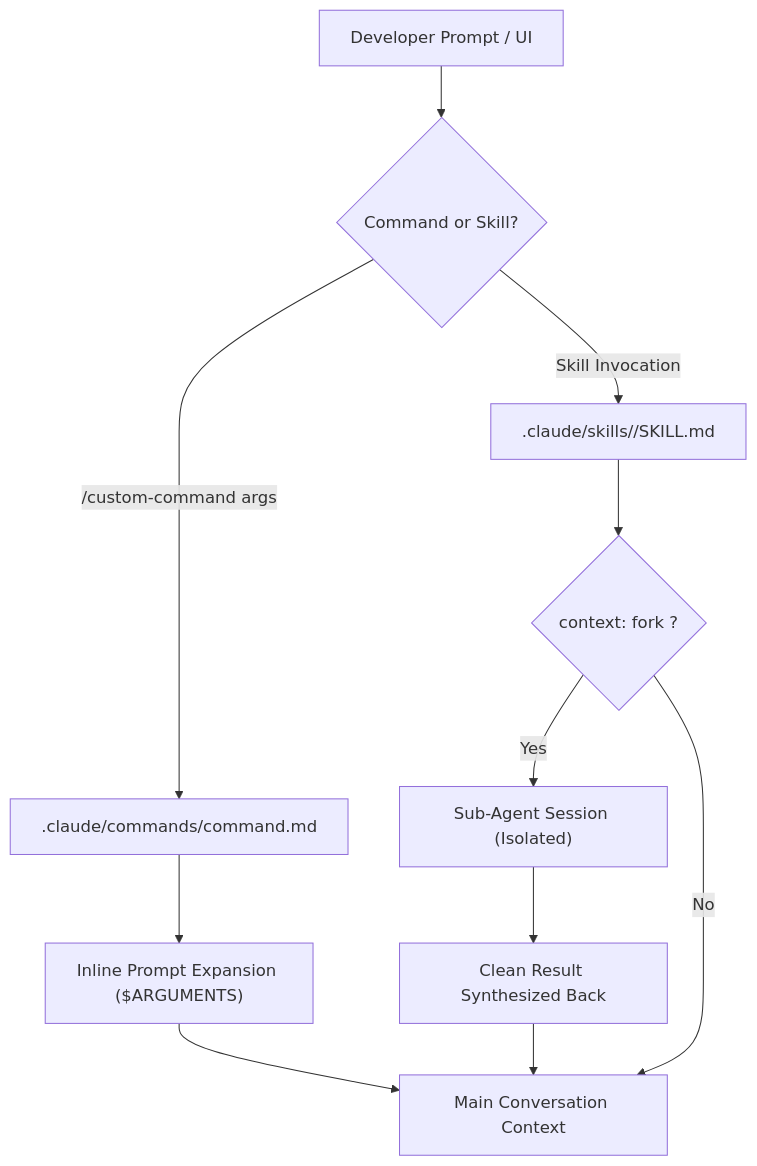
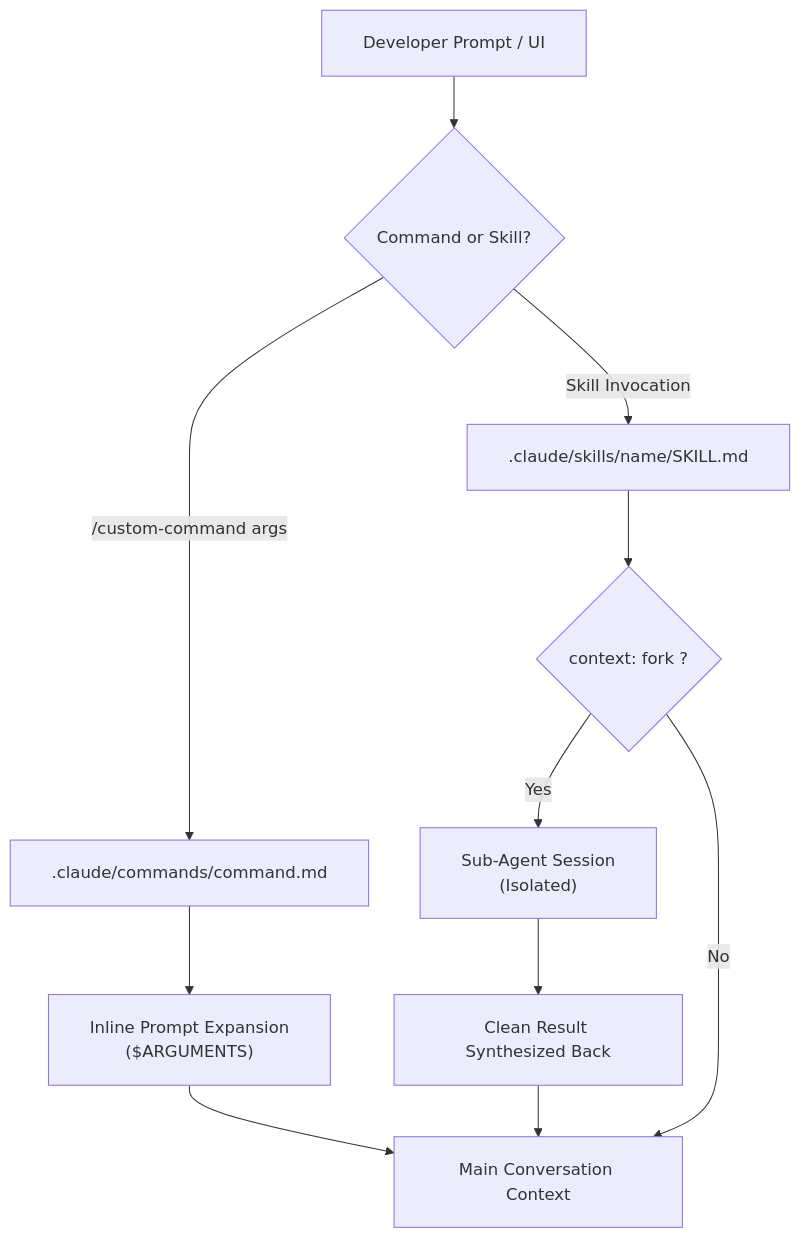
Before and after one commit to dip4k/claude_cert_architect_foundation_prep: the diagram in domain3/ts_3_2_slash_commands_and_skills/README.md, drawn with Mermaid. The commit also changed 31 other files, not shown here.

First line of the commit message:
docs(diagrams): fix text trimming, padding, and layout in all mermaid diagrams

````diff
--- a/domain3/ts_3_2_slash_commands_and_skills/README.md
+++ b/domain3/ts_3_2_slash_commands_and_skills/README.md
@@ -10,15 +10,16 @@
 ```mermaid
-graph TD
+%%{init: {"flowchart": {"htmlLabels": true, "padding": 20}}}%%
+flowchart TD
     User["Developer Prompt / UI"] --> Choice{"Command or Skill?"}
     
     Choice -- "/custom-command args" --> Cmd[".claude/commands/command.md"]
-    Cmd --> Inline["Inline Prompt Expansion ($ARGUMENTS)"]
+    Cmd --> Inline["Inline Prompt Expansion<br/>($ARGUMENTS)"]
     Inline --> MainCtx["Main Conversation Context"]
     
-    Choice -- "Skill Invocation" --> Skill[".claude/skills/<name>/SKILL.md"]
+    Choice -- "Skill Invocation" --> Skill[".claude/skills/name/SKILL.md"]
     Skill --> ForkCheck{"context: fork ?"}
-    ForkCheck -- Yes --> Sub["Sub-Agent Session (Isolated)"]
+    ForkCheck -- Yes --> Sub["Sub-Agent Session<br/>(Isolated)"]
     Sub --> CleanResult["Clean Result Synthesized Back"]
     CleanResult --> MainCtx
     ForkCheck -- No --> MainCtx
 ```
````
